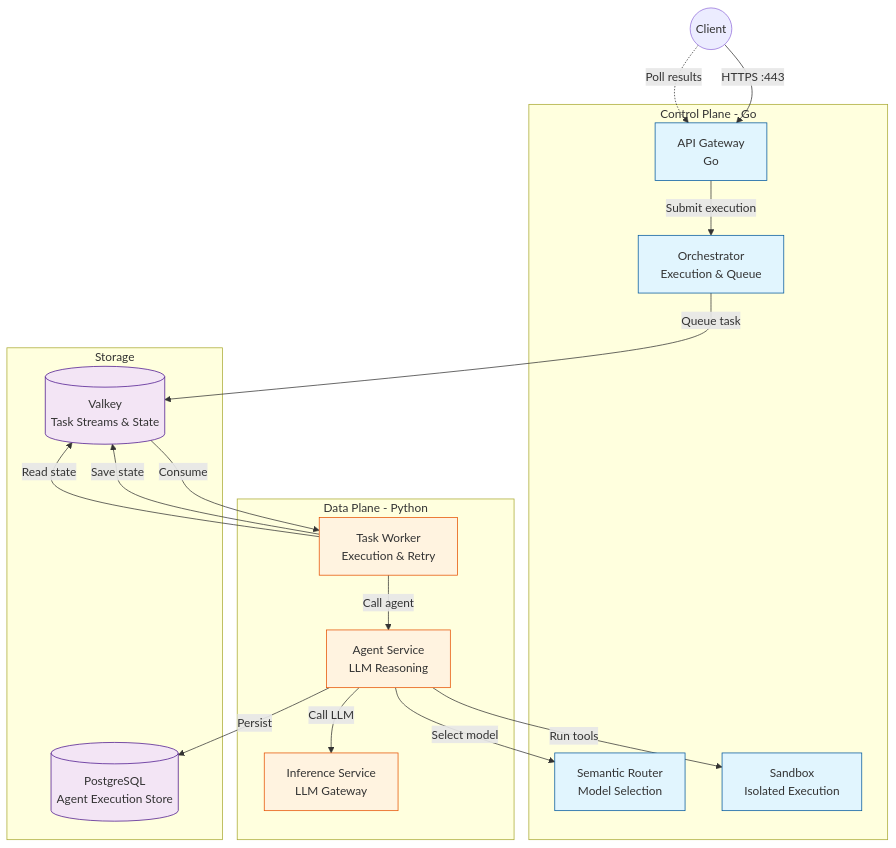
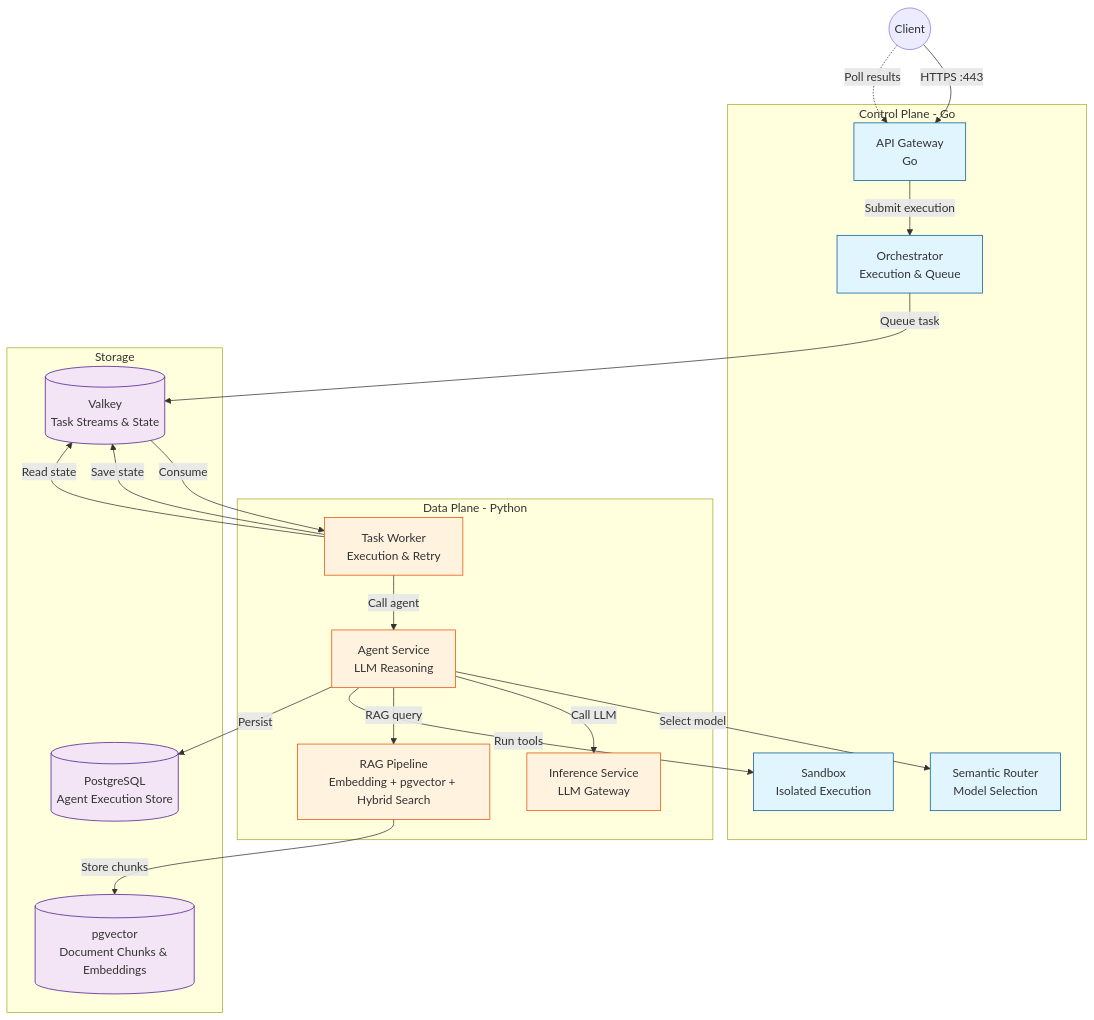
One commit to Sanchar127/Agenyx changed the first of 2 diagrams in website/content/docs/overview/index.mdx. Above: the diagram before and after it, drawn with Mermaid. The commit also changed other lines of this file and 2 other files, not shown here.

Commit message:
docs(website): update documentation and migrate to proxy

````diff
--- a/website/content/docs/overview/index.mdx
+++ b/website/content/docs/overview/index.mdx
@@ -45,43 +47,47 @@
 ```mermaid
 graph TB
     Client((Client)) -->|HTTPS :443| Gateway[API Gateway<br/>Go]
 
     subgraph ControlPlane [Control Plane - Go]
         Gateway
         Orchestrator[Orchestrator<br/>Execution & Queue]
         Router[Semantic Router<br/>Model Selection]
         Sandbox[Sandbox<br/>Isolated Execution]
     end
 
     subgraph DataPlane [Data Plane - Python]
         Agent[Agent Service<br/>LLM Reasoning]
         Inference[Inference Service<br/>LLM Gateway]
+        RAG[RAG Pipeline<br/>Embedding + pgvector + Hybrid Search]
         Worker[Task Worker<br/>Execution & Retry]
     end
 
     subgraph Storage [Storage]
         Valkey[(Valkey<br/>Task Streams & State)]
         Postgres[(PostgreSQL<br/>Agent Execution Store)]
+        PGVector[(pgvector<br/>Document Chunks & Embeddings)]
     end
 
     Gateway -->|Submit execution| Orchestrator
     Orchestrator -->|Queue task| Valkey
     Valkey -->|Consume| Worker
     Worker -->|Call agent| Agent
     Agent -->|Select model| Router
     Agent -->|Call LLM| Inference
+    Agent -->|RAG query| RAG
+    RAG -->|Store chunks| PGVector
     Agent -->|Run tools| Sandbox
     Worker -->|Save state| Valkey
     Agent -->|Persist| Postgres
     Worker -->|Read state| Valkey
 
     Client -.->|Poll results| Gateway
 
     classDef control fill:#e1f5fe,stroke:#01579b;
     classDef data fill:#fff3e0,stroke:#e65100;
     classDef storage fill:#f3e5f5,stroke:#4a148c;
 
     class Gateway,Orchestrator,Router,Sandbox control;
-    class Agent,Inference,Worker data;
-    class Valkey,Postgres storage;
+    class Agent,Inference,Worker,RAG data;
+    class Valkey,Postgres,PGVector storage;
 ```
````
